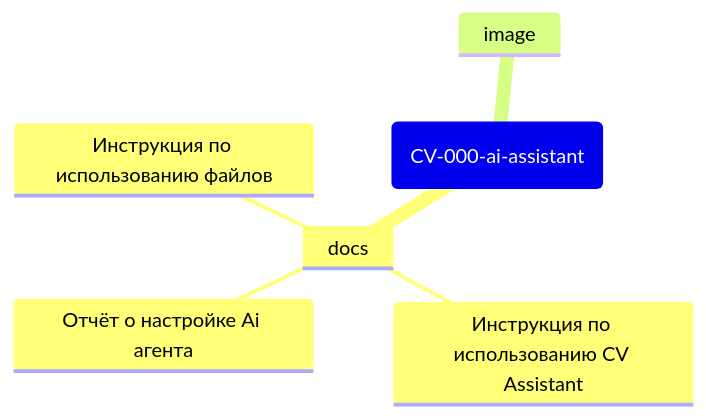
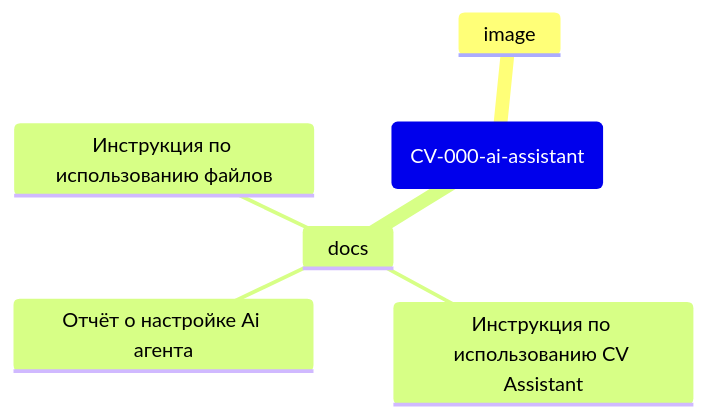
One commit to KSP-Hub/My-CV-Engineering-Projects changed the diagram in CV-000-ai-assistant/README.MD. Above: the diagram before and after it, drawn with Mermaid.

````diff
--- a/CV-000-ai-assistant/README.MD
+++ b/CV-000-ai-assistant/README.MD
@@ -133,9 +133,9 @@
 ```mermaid
 mindmap
-    root(CV-000-ai-assistant)
-        docs
-            Отчёт о настройке Ai агента
-            Инструкция по использованию CV Assistant
-            Инструкция по использованию файлов
-        image
+root(CV-000-ai-assistant)
+    image
+    docs
+        Отчёт о настройке Ai агента
+        Инструкция по использованию CV Assistant
+        Инструкция по использованию файлов
 ```
````
